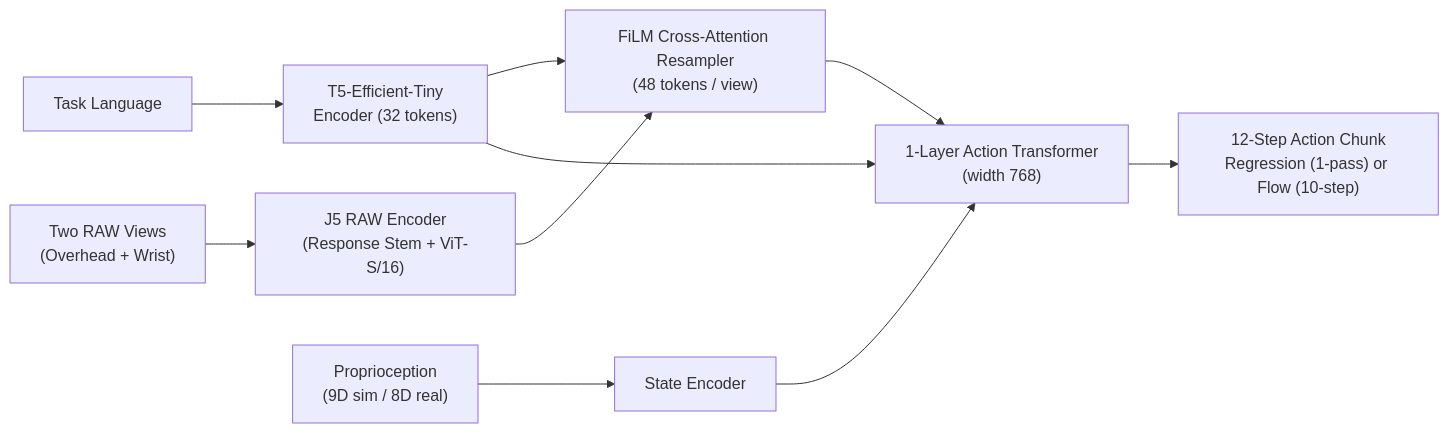
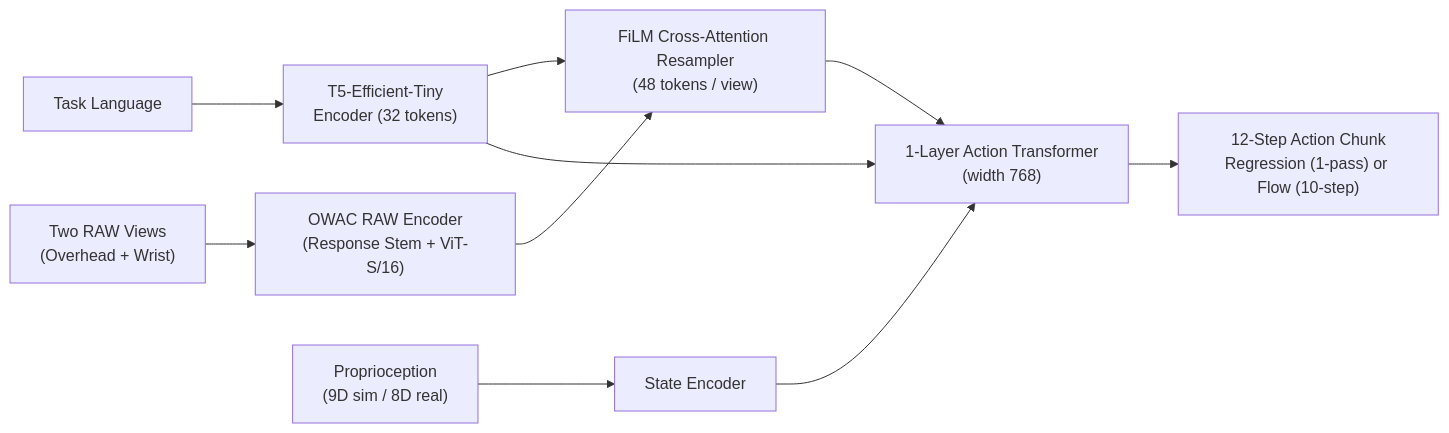
One commit to PAIR-Z-ZENO-LAB/owac changed the diagram in README.md. Above: the diagram before and after it, drawn with Mermaid. The commit also changed other lines of this file, not shown here.

````diff
--- a/README.md
+++ b/README.md
@@ -141,12 +141,12 @@
 ```mermaid
 flowchart LR
-    R["Two RAW Views<br/>(Overhead + Wrist)"] --> V["J5 RAW Encoder<br/>(Response Stem + ViT-S/16)"]
+    R["Two RAW Views<br/>(Overhead + Wrist)"] --> V["OWAC RAW Encoder<br/>(Response Stem + ViT-S/16)"]
     V --> C["FiLM Cross-Attention Resampler<br/>(48 tokens / view)"]
     L["Task Language"] --> T["T5-Efficient-Tiny<br/>Encoder (32 tokens)"]
     T --> C
     T --> D["1-Layer Action Transformer<br/>(width 768)"]
     P["Proprioception<br/>(9D sim / 8D real)"] --> S["State Encoder"]
     S --> D
     C --> D
     D --> A["12-Step Action Chunk<br/>Regression (1-pass) or Flow (10-step)"]
 ```
````
